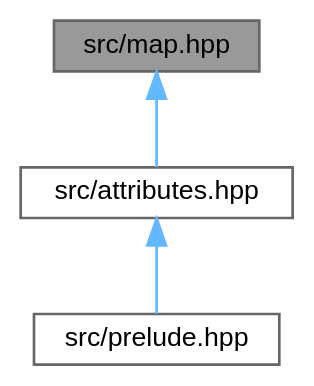
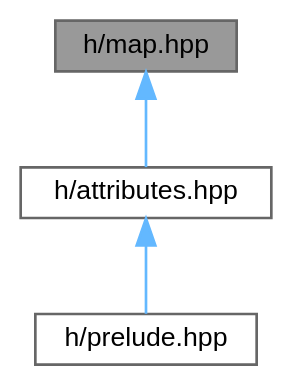
One commit to ekmett/ein changed the diagram in d5/de2/map_8hpp__dep__incl.dot. Above: the diagram before and after it, drawn with Graphviz. The commit also changed 135 other files, not shown here.

```diff
--- a/d5/de2/map_8hpp__dep__incl.dot
+++ b/d5/de2/map_8hpp__dep__incl.dot
@@ -1,12 +1,12 @@
-digraph "src/map.hpp"
+digraph "h/map.hpp"
 {
  // LATEX_PDF_SIZE
   bgcolor="transparent";
   edge [fontname=Helvetica,fontsize=10,labelfontname=Helvetica,labelfontsize=10];
   node [fontname=Helvetica,fontsize=10,shape=box,height=0.2,width=0.4];
-  Node1 [id="Node000001",label="src/map.hpp",height=0.2,width=0.4,color="gray40", fillcolor="grey60", style="filled", fontcolor="black",tooltip=" "];
+  Node1 [id="Node000001",label="h/map.hpp",height=0.2,width=0.4,color="gray40", fillcolor="grey60", style="filled", fontcolor="black",tooltip=" "];
   Node1 -> Node2 [id="edge1_Node000001_Node000002",dir="back",color="steelblue1",style="solid",tooltip=" "];
-  Node2 [id="Node000002",label="src/attributes.hpp",height=0.2,width=0.4,color="grey40", fillcolor="white", style="filled",URL="$df/d6a/attributes_8hpp.html",tooltip="defines used to indicate useful attributes for the compiler"];
+  Node2 [id="Node000002",label="h/attributes.hpp",height=0.2,width=0.4,color="grey40", fillcolor="white", style="filled",URL="$df/d6a/attributes_8hpp.html",tooltip="defines used to indicate useful attributes for the compiler"];
   Node2 -> Node3 [id="edge2_Node000002_Node000003",dir="back",color="steelblue1",style="solid",tooltip=" "];
-  Node3 [id="Node000003",label="src/prelude.hpp",height=0.2,width=0.4,color="grey40", fillcolor="white", style="filled",URL="$de/d13/prelude_8hpp.html",tooltip="precompiled header"];
+  Node3 [id="Node000003",label="h/prelude.hpp",height=0.2,width=0.4,color="grey40", fillcolor="white", style="filled",URL="$de/d13/prelude_8hpp.html",tooltip="precompiled header"];
 }
```
